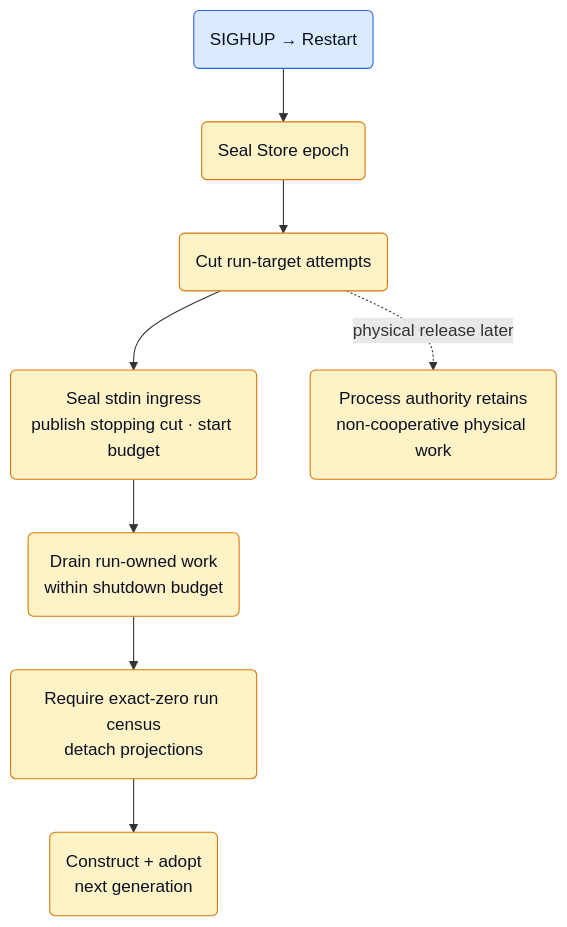
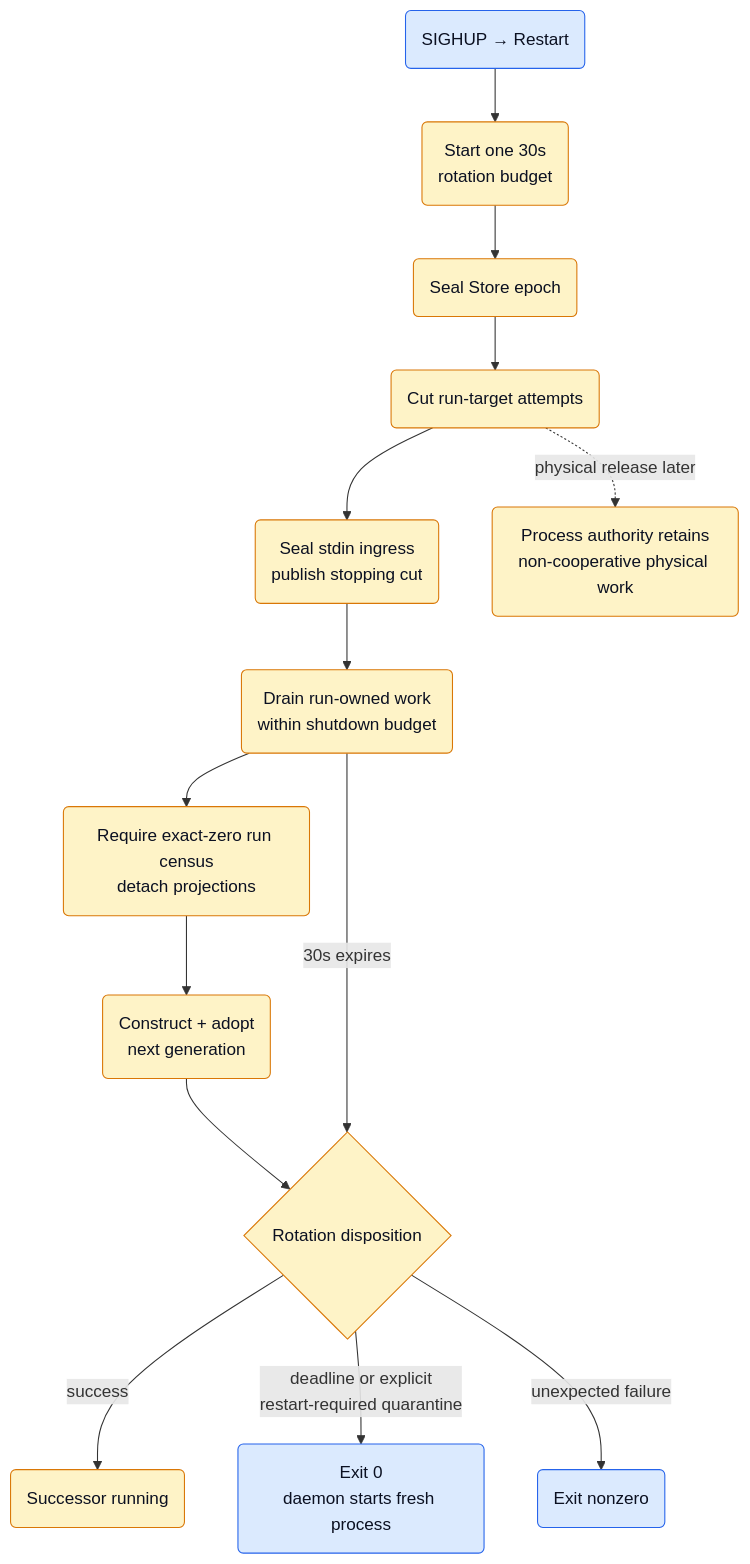
Diagram 11 of 11 in src/go/plugin/agent/jobmgr/ARCHITECTURE.md (netdata/netdata), drawn with Mermaid before and after one commit. The commit also changed other lines of this file and 12 other files, not shown here.

Commit message:
fix(jobmgr): bound run generation rotation

````diff
--- a/src/go/plugin/agent/jobmgr/ARCHITECTURE.md
+++ b/src/go/plugin/agent/jobmgr/ARCHITECTURE.md
@@ -869,19 +880,27 @@
 ```mermaid
 flowchart TD
     HUP("SIGHUP → Restart")
+    Budget("Start one 30s<br/>rotation budget")
     Seal("Seal Store epoch")
     Cut("Cut run-target attempts")
-    Ingress("Seal stdin ingress<br/>publish stopping cut · start budget")
+    Ingress("Seal stdin ingress<br/>publish stopping cut")
     Drain("Drain run-owned work<br/>within shutdown budget")
     Census("Require exact-zero run census<br/>detach projections")
     Next("Construct + adopt<br/>next generation")
     Retained("Process authority retains<br/>non-cooperative physical work")
+    Recover{"Rotation disposition"}
+    Fresh("Exit 0<br/>daemon starts fresh process")
+    Fail("Exit nonzero")
 
-    HUP --> Seal --> Cut --> Ingress --> Drain --> Census --> Next
+    HUP --> Budget --> Seal --> Cut --> Ingress --> Drain --> Census --> Next --> Recover
+    Drain -->|"30s expires"| Recover
+    Recover -->|"success"| NextRun("Successor running")
+    Recover -->|"deadline or explicit<br/>restart-required quarantine"| Fresh
+    Recover -->|"unexpected failure"| Fail
     Cut -. "physical release later" .-> Retained
 
     classDef ext fill:#dbeafe,stroke:#2563eb,color:#0b1021;
     classDef core fill:#fef3c7,stroke:#d97706,color:#0b1021;
-    class HUP ext;
-    class Seal,Cut,Ingress,Drain,Census,Next,Retained core;
+    class HUP,Fresh,Fail ext;
+    class Budget,Seal,Cut,Ingress,Drain,Census,Next,Retained,Recover,NextRun core;
 ```
````
